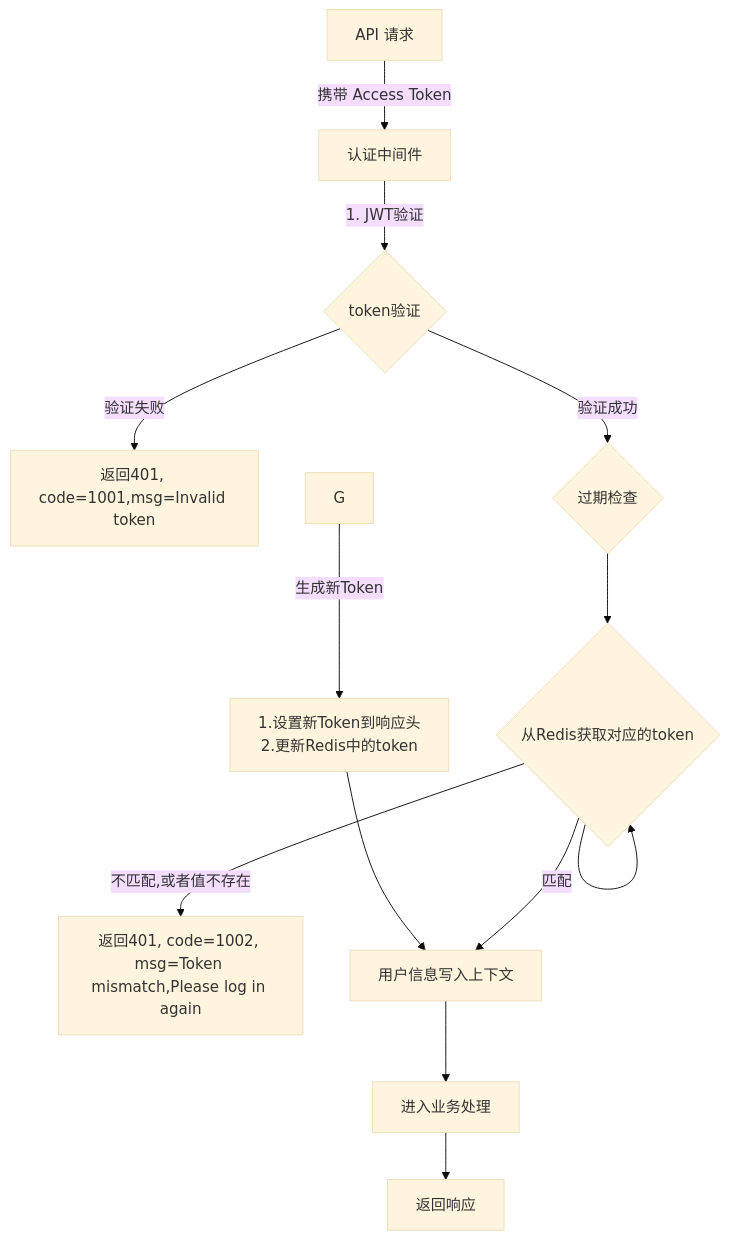
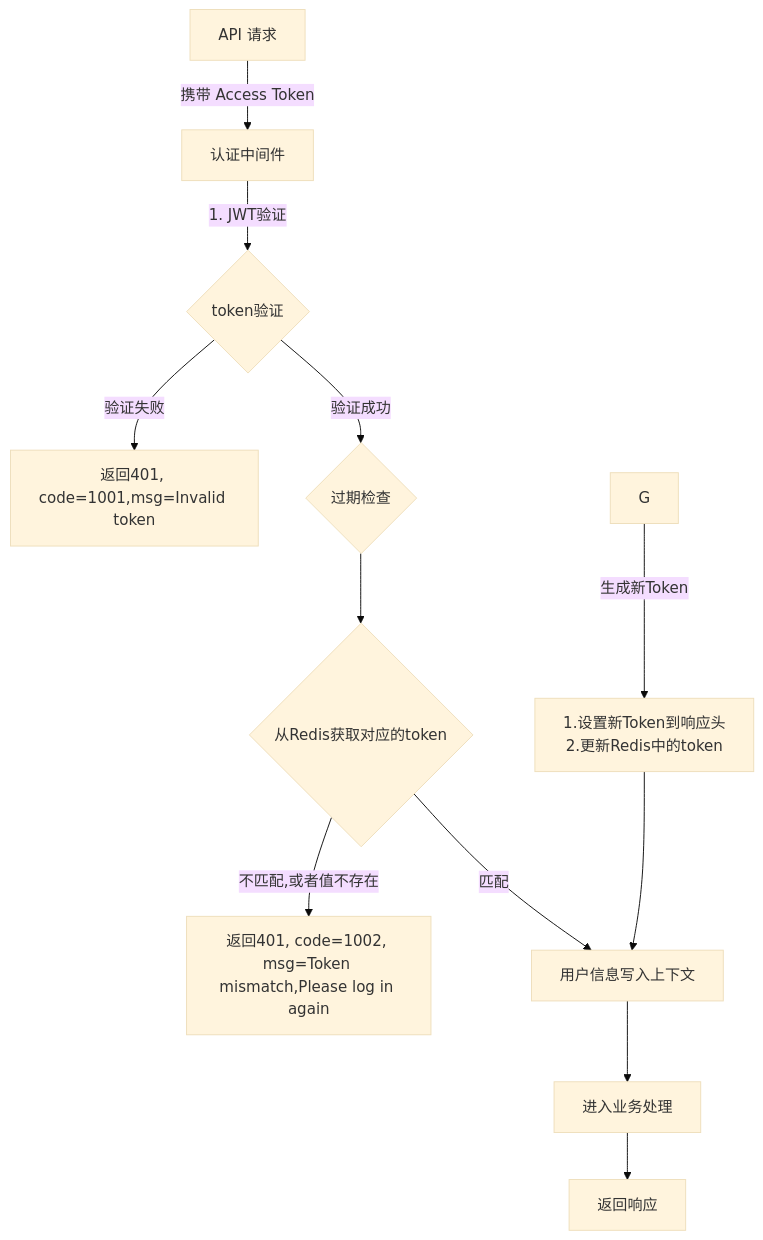
Before and after one commit to yingjianzh/iodraw-files: the diagram in all/未命名-16.md, drawn with Mermaid (base theme).

Commit message:
2025-01-08 14:54:55 update

````diff
--- a/all/未命名-16.md
+++ b/all/未命名-16.md
@@ -1,20 +1,19 @@
 ```mermaid
 
 flowchart TD
     A[API 请求] -->|携带 Access Token| B[认证中间件]
     B -->|1. JWT验证| C{token验证}
     C -->|验证失败| D[返回401, code=1001,msg=Invalid token]
     C -->|验证成功| F{过期检查}
     
     F -->I{从Redis获取对应的token}
-    I --> 
     I -->|不匹配,或者值不存在| J[返回401, code=1002, msg=Token mismatch,Please log in again]
     I -->|匹配| K[用户信息写入上下文]
     K --> L[进入业务处理]
     L --> N[返回响应]
     
     G -->|生成新Token| M["1.设置新Token到响应头
     2.更新Redis中的token"]
     M --> K
 
 ```
````
